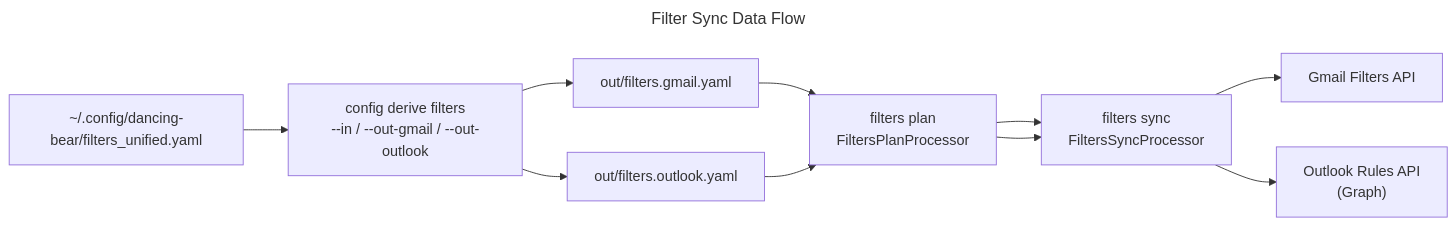
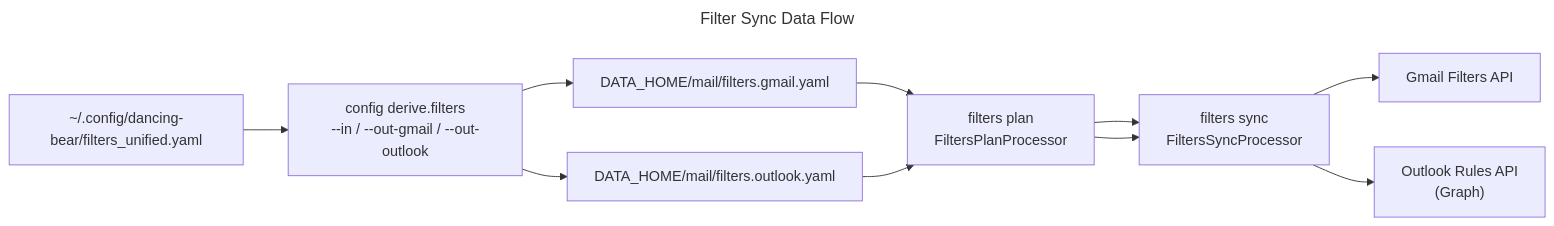
One commit to dancing-bear-show/dancing-bear changed the second of 2 diagrams in src/mail/README.md. Above: the diagram before and after it, drawn with Mermaid. The commit also changed 62 other files, not shown here.

````diff
--- a/src/mail/README.md
+++ b/src/mail/README.md
@@ -55,20 +55,20 @@
 ```mermaid
 ---
 title: Filter Sync Data Flow
 ---
 flowchart LR
     unified["~/.config/dancing-bear/filters_unified.yaml"]
-    derive["config derive filters\n--in / --out-gmail / --out-outlook"]
-    gmail_yaml["out/filters.gmail.yaml"]
-    outlook_yaml["out/filters.outlook.yaml"]
+    derive["config derive.filters\n--in / --out-gmail / --out-outlook"]
+    gmail_yaml["DATA_HOME/mail/filters.gmail.yaml"]
+    outlook_yaml["DATA_HOME/mail/filters.outlook.yaml"]
     plan["filters plan\nFiltersPlanProcessor"]
     sync["filters sync\nFiltersSyncProcessor"]
     gmail_api["Gmail Filters API"]
     outlook_api["Outlook Rules API\n(Graph)"]
 
     unified --> derive
     derive --> gmail_yaml
     derive --> outlook_yaml
     gmail_yaml --> plan --> sync --> gmail_api
     outlook_yaml --> plan --> sync --> outlook_api
 ```
````
